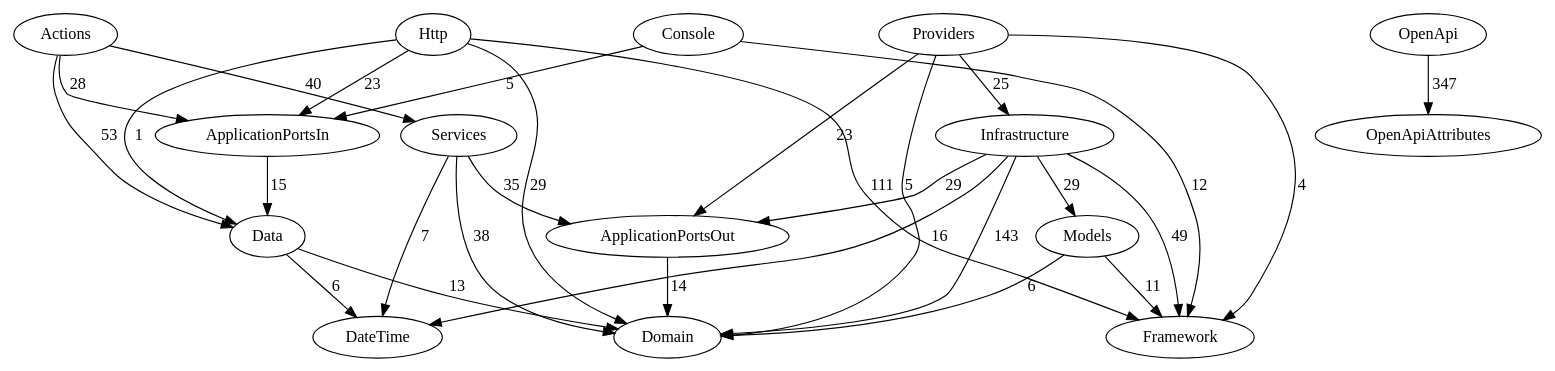
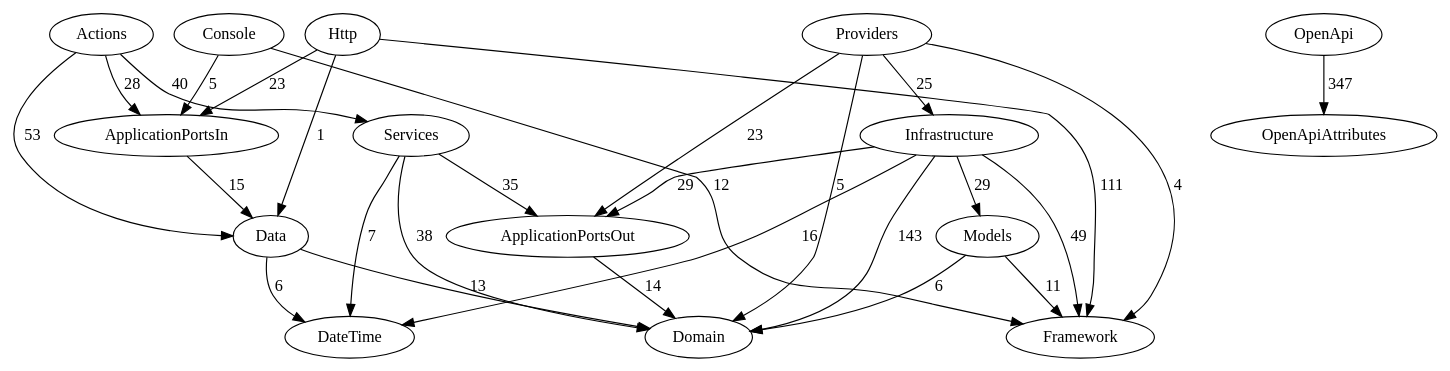
Before and after one commit to igtrou/mod1-desafio-test: the diagram in docs/diagrams/deptrac-layers.dot, drawn with Graphviz. The commit also changed 64 other files, not shown here.

```diff
--- a/docs/diagrams/deptrac-layers.dot
+++ b/docs/diagrams/deptrac-layers.dot
@@ -1,131 +1,128 @@
 digraph "" {
 "Actions" -> "Services" [
 label="40"
 ]
 "Actions" -> "ApplicationPortsIn" [
 label="28"
 ]
 "Actions" -> "Data" [
 label="53"
 ]
 "ApplicationPortsIn" -> "Data" [
 label="15"
 ]
 "ApplicationPortsOut" -> "Domain" [
 label="14"
 ]
 "Console" -> "ApplicationPortsIn" [
 label="5"
 ]
 "Console" -> "Framework" [
 label="12"
 ]
 "Data" -> "DateTime" [
 label="6"
 ]
 "Data" -> "Domain" [
 label="13"
 ]
 "Http" -> "Framework" [
 label="111"
 ]
 "Http" -> "ApplicationPortsIn" [
 label="23"
 ]
 "Http" -> "Data" [
 label="1"
-]
-"Http" -> "Domain" [
-label="29"
 ]
 "Infrastructure" -> "Framework" [
 label="49"
 ]
 "Infrastructure" -> "Domain" [
 label="143"
 ]
 "Infrastructure" -> "Models" [
 label="29"
 ]
 "Infrastructure" -> "ApplicationPortsOut" [
 label="29"
 ]
 "Infrastructure" -> "DateTime" [
 label="16"
 ]
 "Models" -> "Domain" [
 label="6"
 ]
 "Models" -> "Framework" [
 label="11"
 ]
 "OpenApi" -> "OpenApiAttributes" [
 label="347"
 ]
 "Providers" -> "Infrastructure" [
 label="25"
 ]
 "Providers" -> "Domain" [
 label="5"
 ]
 "Providers" -> "ApplicationPortsOut" [
 label="23"
 ]
 "Providers" -> "Framework" [
 label="4"
 ]
 "Services" -> "ApplicationPortsOut" [
 label="35"
 ]
 "Services" -> "Domain" [
 label="38"
 ]
 "Services" -> "DateTime" [
 label="7"
 ]
 "Actions" [
 
 ]
 "Services" [
 
 ]
 "ApplicationPortsIn" [
 
 ]
 "Data" [
 
 ]
 "ApplicationPortsOut" [
 
 ]
 "Domain" [
 
 ]
 "Console" [
 
 ]
 "Framework" [
 
 ]
 "DateTime" [
 
 ]
 "Http" [
 
 ]
 "Infrastructure" [
 
 ]
 "Models" [
 
 ]
 "OpenApi" [
 
 ]
 "OpenApiAttributes" [
 
 ]
 "Providers" [
 
 ]
 }
```
